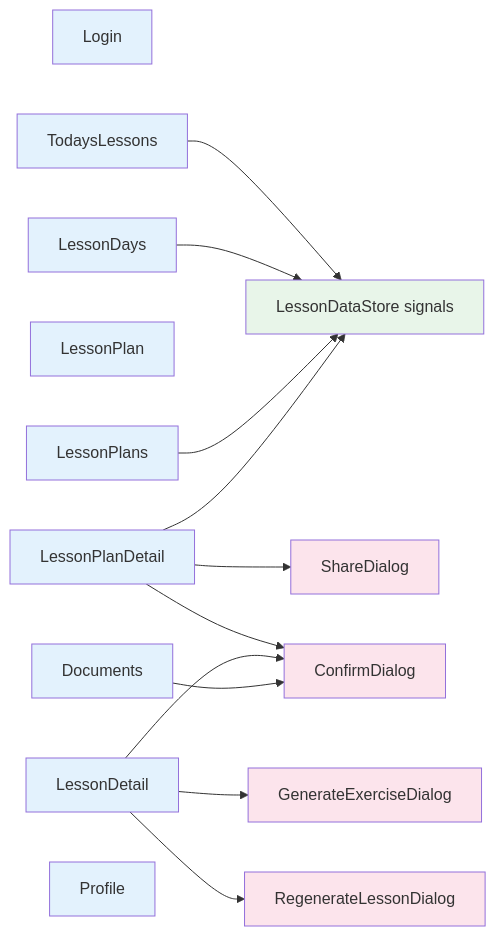
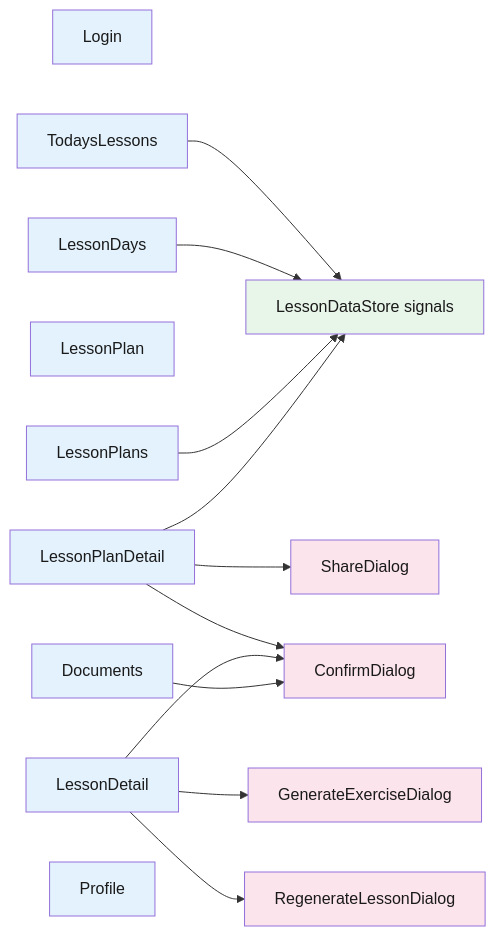
Before and after one commit to Dockdep/LessonHub: the first of 6 diagrams in diagrams/frontend/03-components.md, drawn with Mermaid. The commit also changed 26 other files, not shown here.

````diff
--- a/diagrams/frontend/03-components.md
+++ b/diagrams/frontend/03-components.md
@@ -9,34 +9,34 @@
 ```mermaid
 flowchart LR
-  classDef page fill:#e3f2fd
-  classDef dialog fill:#fce4ec
-  classDef store fill:#e8f5e9
+  classDef page fill:#e3f2fd,color:#1a1a1a
+  classDef dialog fill:#fce4ec,color:#1a1a1a
+  classDef store fill:#e8f5e9,color:#1a1a1a
 
   store[LessonDataStore signals]:::store
 
   login[Login]:::page
   today[TodaysLessons]:::page
   ldays[LessonDays]:::page
   lplan[LessonPlan]:::page
   lplans[LessonPlans]:::page
   lpdetail[LessonPlanDetail]:::page
   ldetail[LessonDetail]:::page
   docs[Documents]:::page
   profile[Profile]:::page
 
   conf[ConfirmDialog]:::dialog
   share[ShareDialog]:::dialog
   gen[GenerateExerciseDialog]:::dialog
   regen[RegenerateLessonDialog]:::dialog
 
   today --> store
   ldays --> store
   lplans --> store
   lpdetail --> store
   lpdetail --> share
   lpdetail --> conf
   ldetail --> gen
   ldetail --> regen
   ldetail --> conf
   docs --> conf
 ```
````
